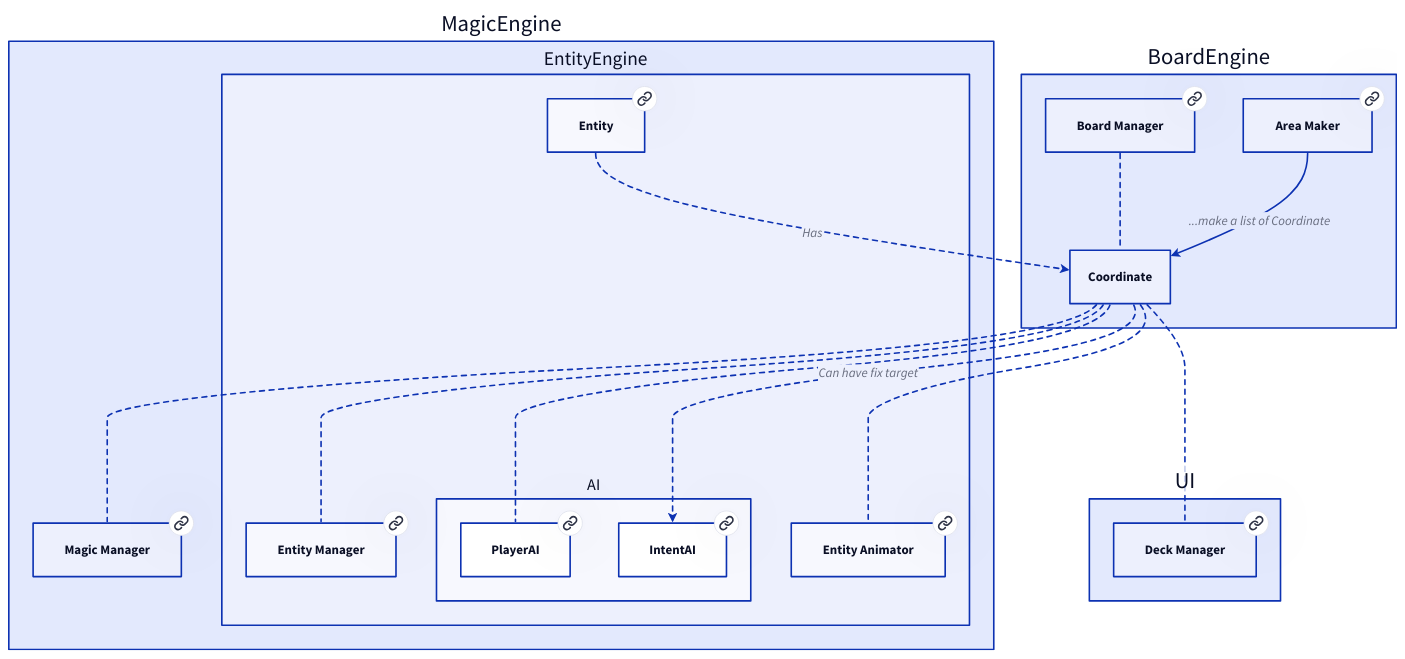
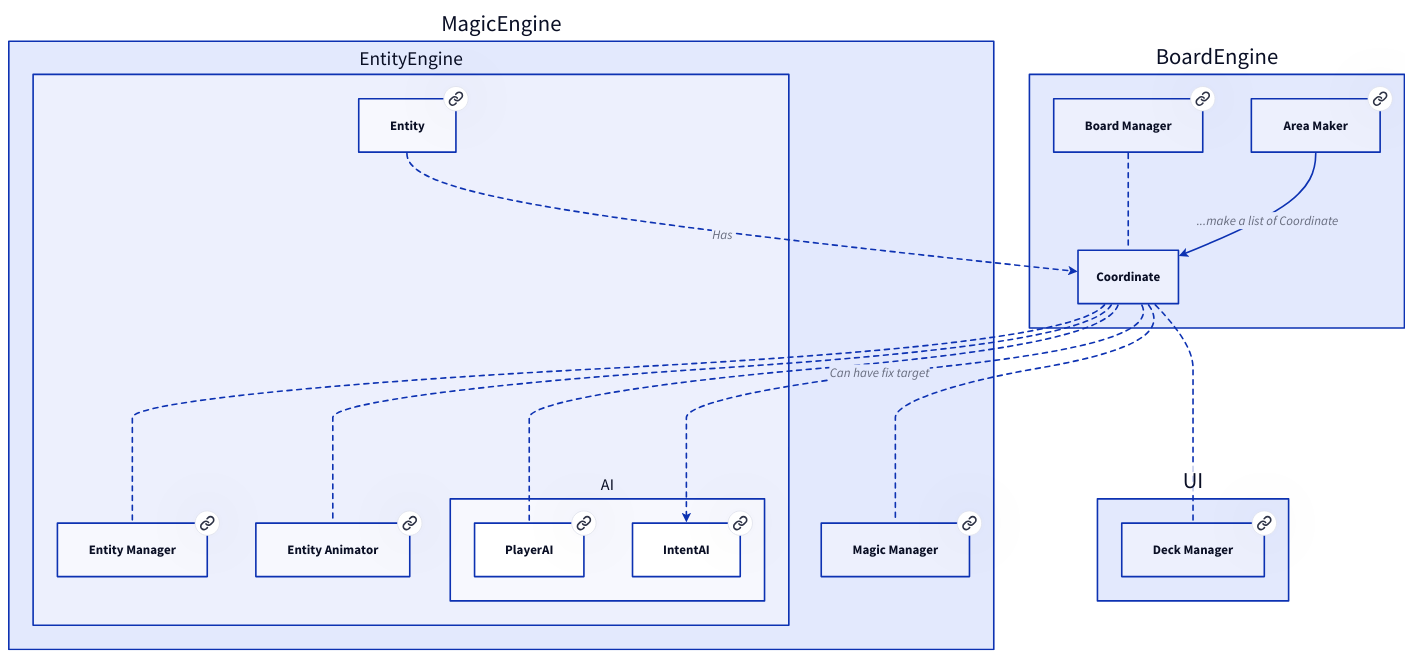
Before and after one commit to Portevent/Brume-Documentation: the diagram in doc/BoardEngine/Coordinate.md, drawn with D2. The commit also changed other lines of this file and 128 other files, not shown here.

````diff
--- a/doc/BoardEngine/Coordinate.md
+++ b/doc/BoardEngine/Coordinate.md
@@ -10,61 +10,61 @@
 ```d2
 # Nodes :
 BoardEngine: {
     AreaMaker: Area Maker {
        link: AreaMaker
     }
     BoardManager: Board Manager {
        link: BoardManager
     }
 }
+UI: {
+    DeckManager: Deck Manager {
+       link: DeckManager
+    }
+}
 MagicEngine: {
-    MagicManager: Magic Manager {
-       link: MagicManager
-    }
     EntityEngine: {
         EntityManager: Entity Manager {
            link: EntityManager
+        }
+        EntityAnimator: Entity Animator {
+           link: EntityAnimator
         }
         AI: {
             PlayerAI: PlayerAI {
                link: PlayerAI
             }
             IntentAI: IntentAI {
                link: IntentAI
             }
         }
-        EntityAnimator: Entity Animator {
-           link: EntityAnimator
-        }
         Entity: Entity {
            link: Entity
         }
     }
-}
-UI: {
-    DeckManager: Deck Manager {
-       link: DeckManager
+    MagicManager: Magic Manager {
+       link: MagicManager
     }
 }
 
 # Links :
+BoardEngine.Coordinate -- UI.DeckManager: {style.stroke-dash: 3}
+BoardEngine.Coordinate -- MagicEngine.EntityEngine.EntityManager: {style.stroke-dash: 3}
+BoardEngine.Coordinate -- MagicEngine.EntityEngine.EntityAnimator: {style.stroke-dash: 3}
+BoardEngine.Coordinate -- MagicEngine.EntityEngine.AI.PlayerAI: {style.stroke-dash: 3}
 BoardEngine.Coordinate -- MagicEngine.MagicManager: {style.stroke-dash: 3}
-BoardEngine.Coordinate -- MagicEngine.EntityEngine.EntityManager: {style.stroke-dash: 3}
-BoardEngine.Coordinate -- MagicEngine.EntityEngine.AI.PlayerAI: {style.stroke-dash: 3}
-BoardEngine.Coordinate -- MagicEngine.EntityEngine.EntityAnimator: {style.stroke-dash: 3}
-BoardEngine.Coordinate -- UI.DeckManager: {style.stroke-dash: 3}
 BoardEngine.BoardManager -- BoardEngine.Coordinate: {style.stroke-dash: 3}
 BoardEngine.AreaMaker -> BoardEngine.Coordinate: ...make a list of Coordinate {
 source-arrowhead: {}
 target-arrowhead: {shape: arrow}
 }
 BoardEngine.Coordinate -> MagicEngine.EntityEngine.AI.IntentAI: Can have fix target {style.stroke-dash: 3
 source-arrowhead: {}
 target-arrowhead: {shape: arrow}
 }
 MagicEngine.EntityEngine.Entity -> BoardEngine.Coordinate: Has {style.stroke-dash: 3
 source-arrowhead: {}
 target-arrowhead: {shape: arrow}
 }
 
 ```
````
